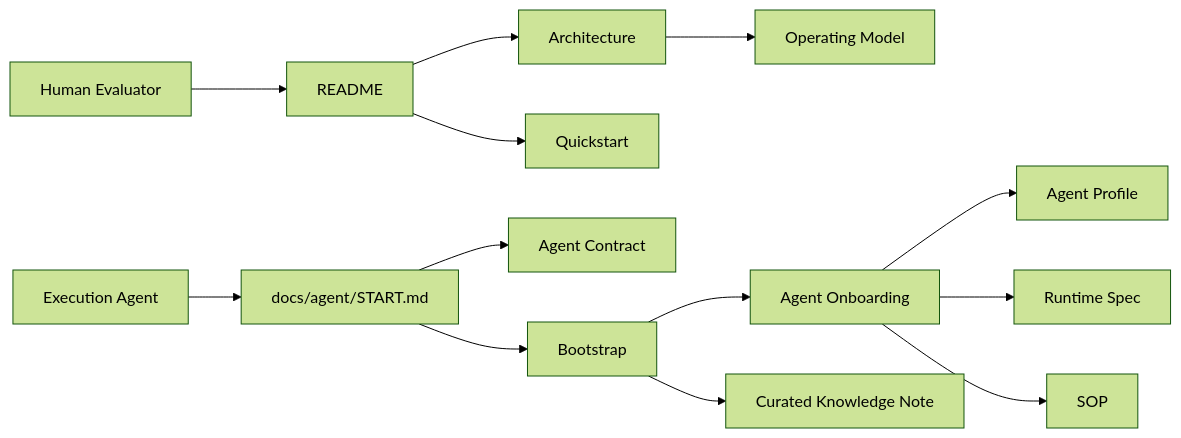
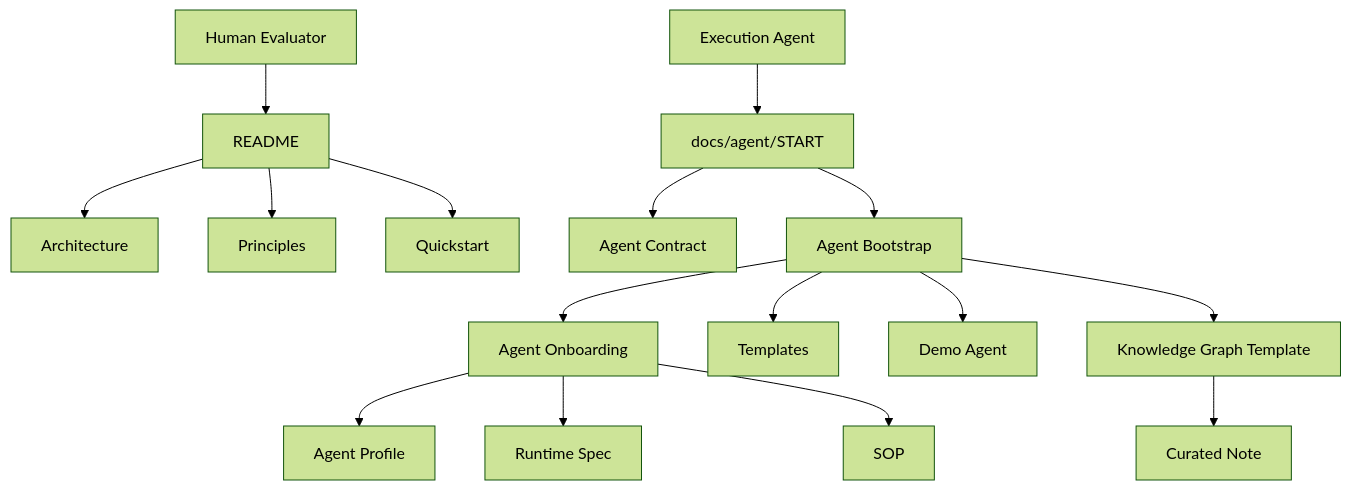
The first of 3 diagrams in README.md (zinan92/agent-core), drawn with Mermaid (forest theme) before and after one commit. The commit also changed other lines of this file and 1 other file, not shown here.

Commit message:
docs: shift README toward blueprint style

````diff
--- a/README.md
+++ b/README.md
@@ -33,18 +33,22 @@
 ```mermaid
-flowchart LR
-    H[Human Evaluator] --> R[README]
-    A[Execution Agent] --> S[docs/agent/START.md]
+flowchart TD
+    HUMAN[Human Evaluator] --> README[README]
+    AGENT[Execution Agent] --> START[docs/agent/START]
 
-    R --> ARCH[Architecture]
-    R --> QS[Quickstart]
-    S --> CONTRACT[Agent Contract]
-    S --> BOOT[Bootstrap]
+    README --> ARCH[Architecture]
+    README --> PRINC[Principles]
+    README --> QUICK[Quickstart]
 
-    ARCH --> CORE[Operating Model]
-    BOOT --> ONB[Agent Onboarding]
+    START --> CONTRACT[Agent Contract]
+    START --> BOOT[Agent Bootstrap]
 
-    ONB --> PROFILE[Agent Profile]
-    ONB --> RUNTIME[Runtime Spec]
-    ONB --> SOP[SOP]
-    BOOT --> KG[Curated Knowledge Note]
+    BOOT --> ONBOARD[Agent Onboarding]
+    BOOT --> TEMPLATES[Templates]
+    BOOT --> DEMO[Demo Agent]
+    BOOT --> KG[Knowledge Graph Template]
+
+    ONBOARD --> PROFILE[Agent Profile]
+    ONBOARD --> SPEC[Runtime Spec]
+    ONBOARD --> SOP[SOP]
+    KG --> NOTE[Curated Note]
 ```
````
